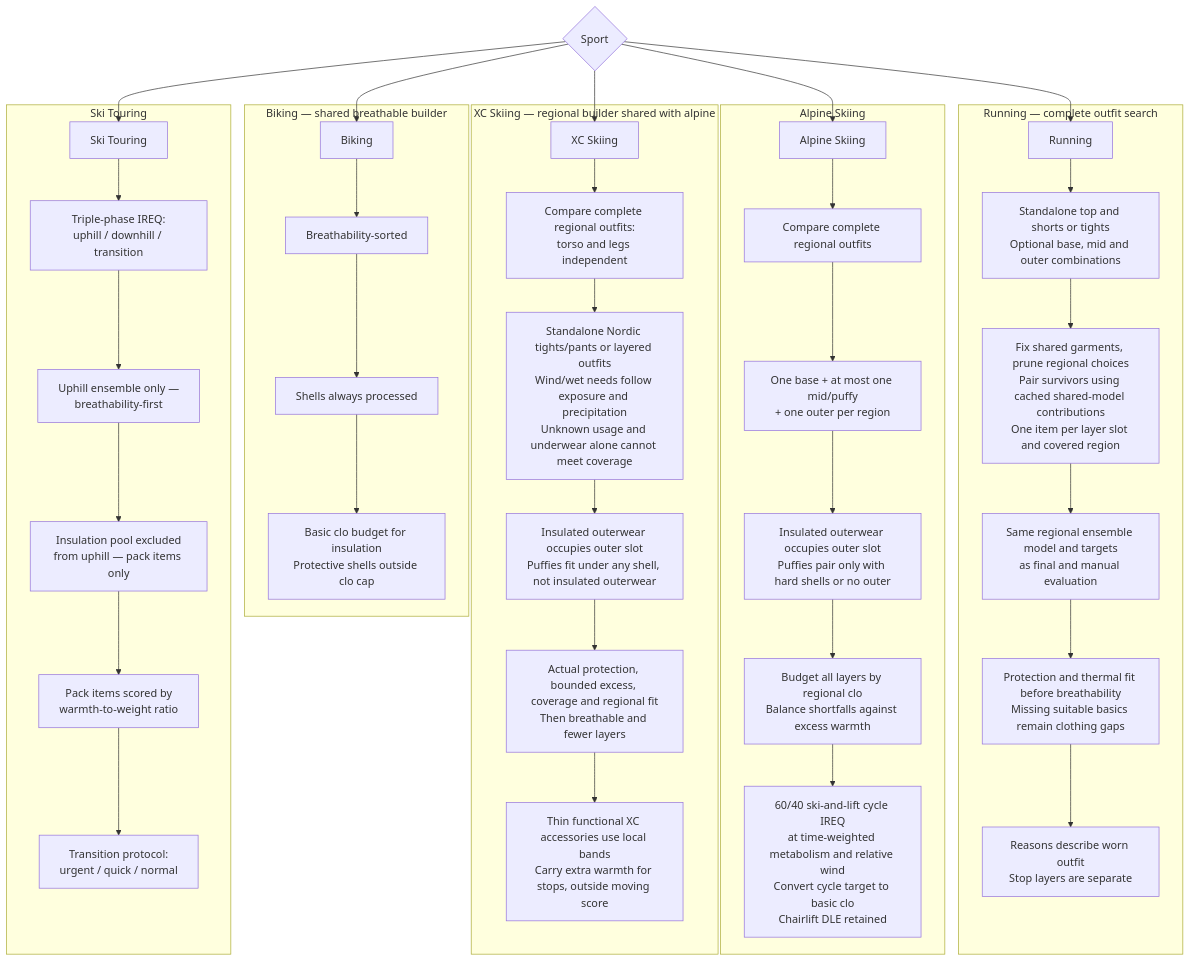
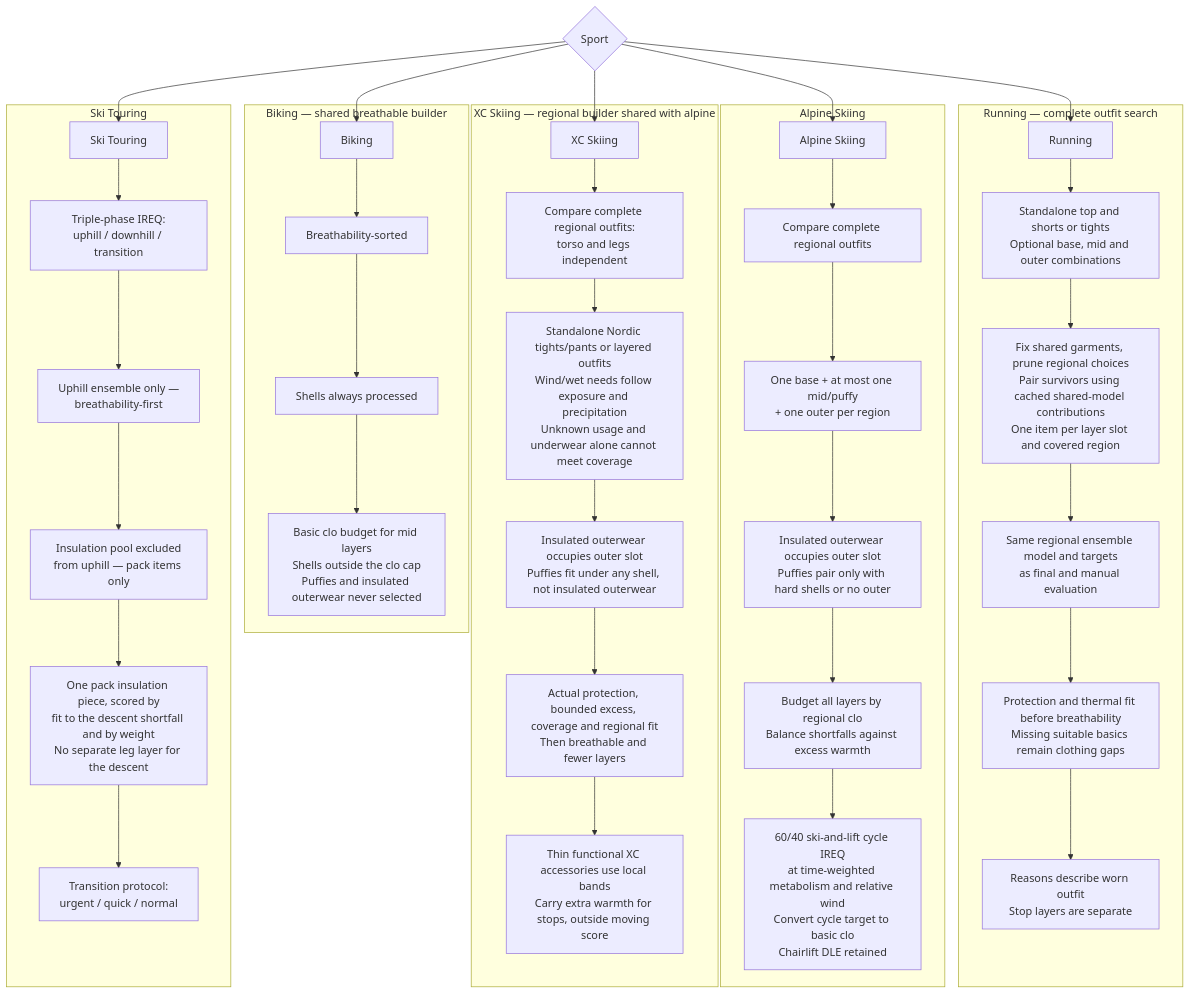
The fourth of 7 diagrams in README.md (derobertsw/swttr), drawn with Mermaid before and after one commit. The commit also changed other lines of this file and 5 other files, not shown here.

````diff
--- a/README.md
+++ b/README.md
@@ -187,46 +189,46 @@
 ```mermaid
 graph TD
     SPORT{Sport} --> RUN[Running]
     SPORT --> BIKE[Biking]
     SPORT --> ALP[Alpine Skiing]
     SPORT --> XC[XC Skiing]
     SPORT --> TOUR[Ski Touring]
 
     subgraph "Running — complete outfit search"
         RUN --> R1[Standalone top and shorts or tights<br/>Optional base, mid and outer combinations]
         R1 --> R2[Fix shared garments, prune regional choices<br/>Pair survivors using cached shared-model contributions<br/>One item per layer slot and covered region]
         R2 --> R3[Same regional ensemble model and targets<br/>as final and manual evaluation]
         R3 --> R4[Protection and thermal fit before breathability<br/>Missing suitable basics remain clothing gaps]
         R4 --> R5[Reasons describe worn outfit<br/>Stop layers are separate]
     end
 
     subgraph "Biking — shared breathable builder"
         BIKE --> B1[Breathability-sorted]
         B1 --> B2[Shells always processed]
-        B2 --> B3[Basic clo budget for insulation<br/>Protective shells outside clo cap]
+        B2 --> B3[Basic clo budget for mid layers<br/>Shells outside the clo cap<br/>Puffies and insulated outerwear never selected]
     end
 
     subgraph "Alpine Skiing"
         ALP --> A1[Compare complete regional outfits]
         A1 --> A2[One base + at most one mid/puffy<br/>+ one outer per region]
         A2 --> A3[Insulated outerwear occupies outer slot<br/>Puffies pair only with hard shells or no outer]
         A3 --> A4[Budget all layers by regional clo<br/>Balance shortfalls against excess warmth]
         A4 --> A5[60/40 ski-and-lift cycle IREQ<br/>at time-weighted metabolism and relative wind<br/>Convert cycle target to basic clo<br/>Chairlift DLE retained]
     end
 
     subgraph "XC Skiing — regional builder shared with alpine"
         XC --> X1[Compare complete regional outfits:<br/>torso and legs independent]
         X1 --> X2[Standalone Nordic tights/pants or layered outfits<br/>Wind/wet needs follow exposure and precipitation<br/>Unknown usage and underwear alone cannot meet coverage]
         X2 --> X3[Insulated outerwear occupies outer slot<br/>Puffies fit under any shell, not insulated outerwear]
         X3 --> X4[Actual protection, bounded excess, coverage and regional fit<br/>Then breathable and fewer layers]
         X4 --> X5[Thin functional XC accessories use local bands<br/>Carry extra warmth for stops, outside moving score]
     end
 
     subgraph "Ski Touring"
         TOUR --> T1a[Triple-phase IREQ:<br/>uphill / downhill / transition]
         T1a --> T2a[Uphill ensemble only —<br/>breathability-first]
         T2a --> T3a[Insulation pool excluded<br/>from uphill — pack items only]
-        T3a --> T4a[Pack items scored by<br/>warmth-to-weight ratio]
+        T3a --> T4a[One pack insulation piece, scored by<br/>fit to the descent shortfall and by weight<br/>No separate leg layer for the descent]
         T4a --> T5a[Transition protocol:<br/>urgent / quick / normal]
     end
 ```
````
